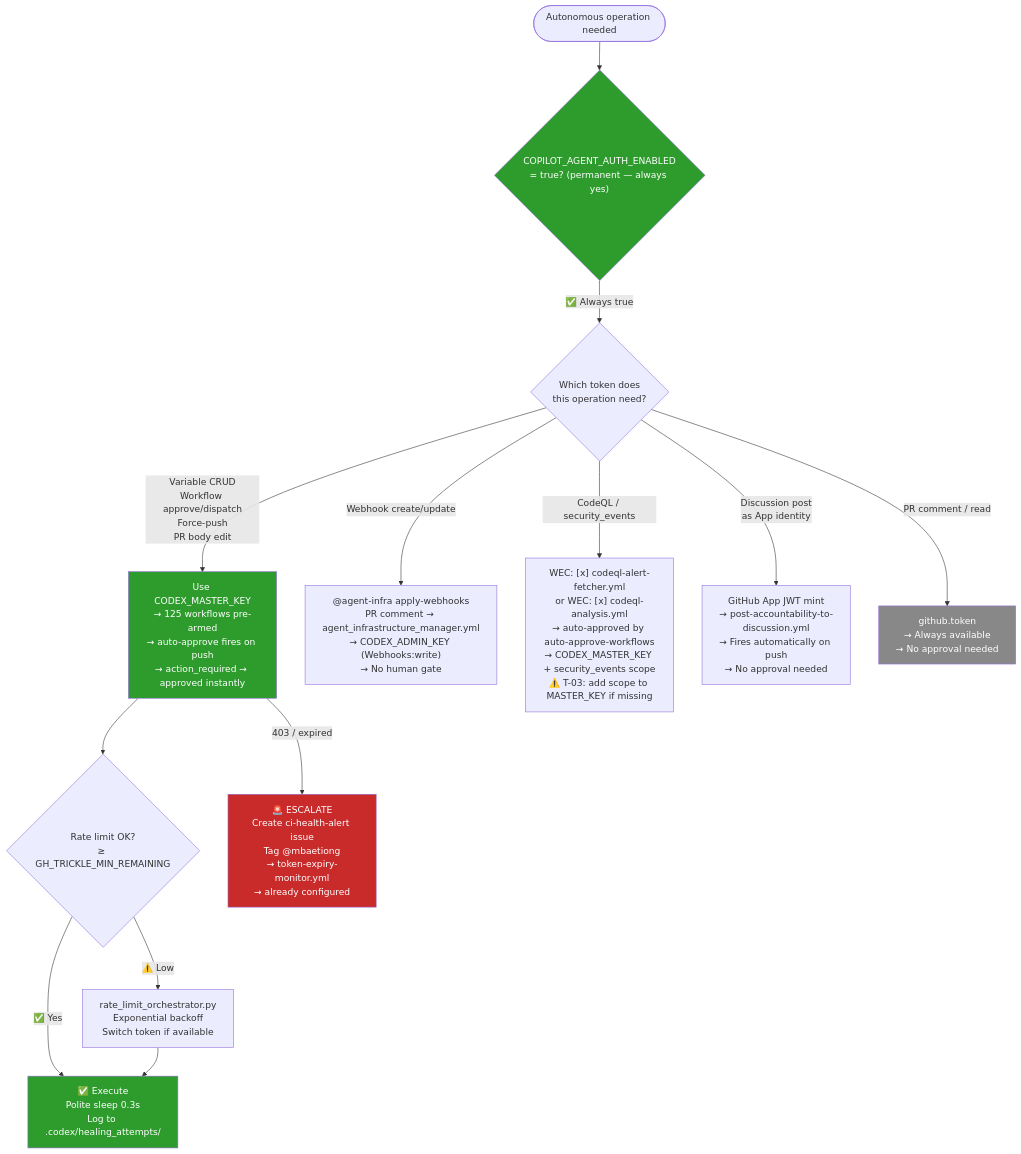
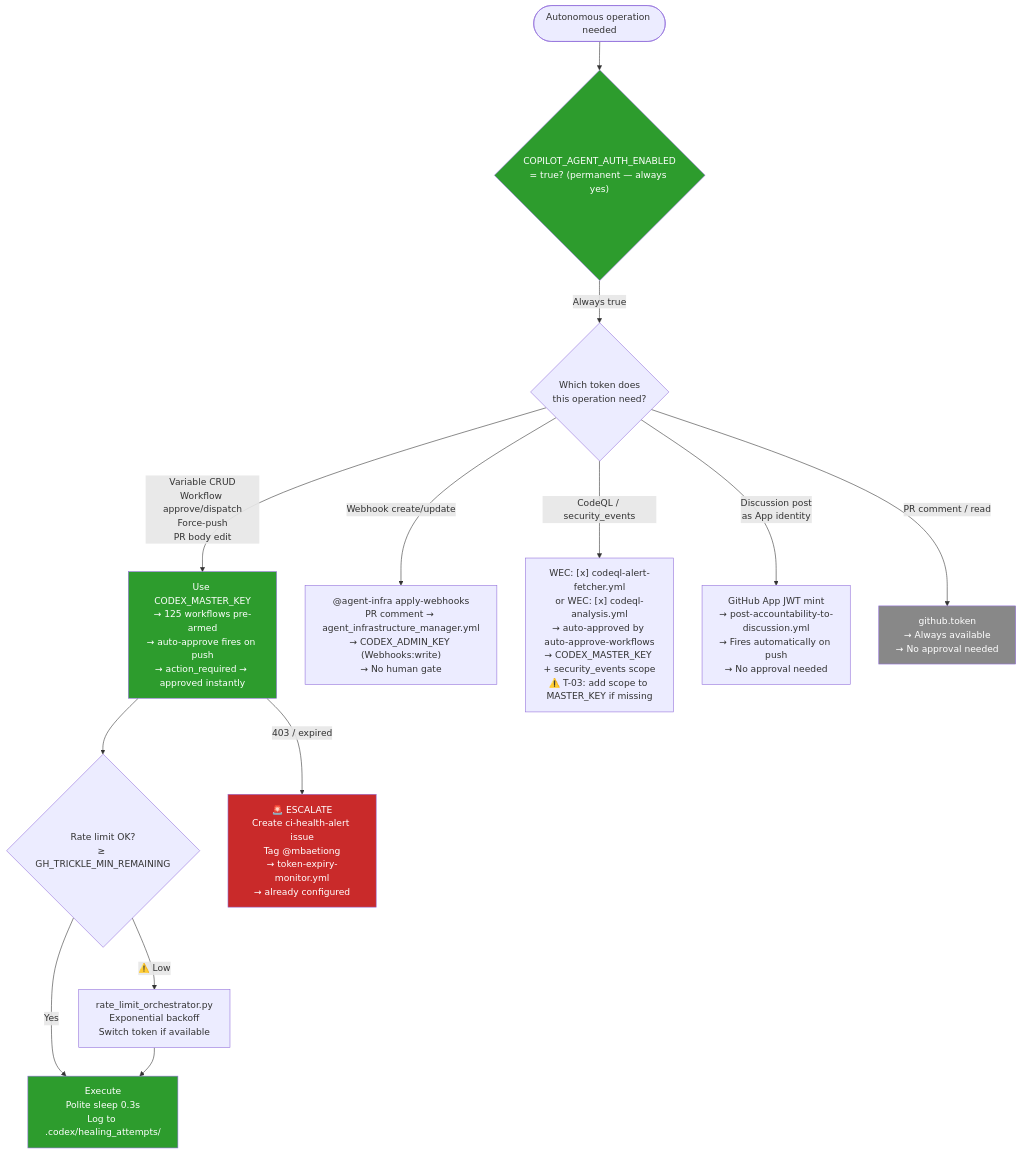
One commit to Aries-Serpent/_codex_ changed diagram 11 of 12 in docs/plans/AUTONOMOUS_PRIVILEGE_ARCHITECTURE.md. Above: the diagram before and after it, drawn with Mermaid. The commit also changed other lines of this file and 2029 other files, not shown here.

````diff
--- a/docs/plans/AUTONOMOUS_PRIVILEGE_ARCHITECTURE.md
+++ b/docs/plans/AUTONOMOUS_PRIVILEGE_ARCHITECTURE.md
@@ -453,30 +455,30 @@
 ```mermaid
 %%{init: {'accessibility': {'title': 'Flowchart showing "Autonomous operation needed", "Use CODEX_MASTER_KEY\n→ 125 workflows pre-armed\n→ auto-approve fires on push\n→ action_required → approved instantly"'}}%%
 flowchart TD
     START(["Autonomous operation needed"]) --> AUTH_CHECK{"COPILOT_AGENT_AUTH_ENABLED\n= true? (permanent — always yes)"}
 
-    AUTH_CHECK -- "✅ Always true" --> CHECK_TOKEN{"Which token does\nthis operation need?"}
+    AUTH_CHECK -- " Always true" --> CHECK_TOKEN{"Which token does\nthis operation need?"}
 
     CHECK_TOKEN -->|"Variable CRUD\nWorkflow approve/dispatch\nForce-push\nPR body edit"| USE_MK["Use CODEX_MASTER_KEY\n→ 125 workflows pre-armed\n→ auto-approve fires on push\n→ action_required → approved instantly"]
 
     CHECK_TOKEN -->|"Webhook create/update"| USE_INFRA["@agent-infra apply-webhooks\nPR comment → agent_infrastructure_manager.yml\n→ CODEX_ADMIN_KEY (Webhooks:write)\n→ No human gate"]
 
     CHECK_TOKEN -->|"CodeQL / security_events"| USE_FETCHER["WEC: [x] codeql-alert-fetcher.yml\nor WEC: [x] codeql-analysis.yml\n→ auto-approved by auto-approve-workflows\n→ CODEX_MASTER_KEY + security_events scope\n⚠️ T-03: add scope to MASTER_KEY if missing"]
 
     CHECK_TOKEN -->|"Discussion post\nas App identity"| USE_APP["GitHub App JWT mint\n→ post-accountability-to-discussion.yml\n→ Fires automatically on push\n→ No approval needed"]
 
     CHECK_TOKEN -->|"PR comment / read"| USE_GT["github.token\n→ Always available\n→ No approval needed"]
 
     USE_MK --> RATE_CHECK{"Rate limit OK?\n≥ GH_TRICKLE_MIN_REMAINING"}
-    RATE_CHECK -- "✅ Yes" --> EXECUTE["✅ Execute\nPolite sleep 0.3s\nLog to .codex/healing_attempts/"]
+    RATE_CHECK -- " Yes" --> EXECUTE[" Execute\nPolite sleep 0.3s\nLog to .codex/healing_attempts/"]
     RATE_CHECK -- "⚠️ Low" --> BACKOFF["rate_limit_orchestrator.py\nExponential backoff\nSwitch token if available"]
     BACKOFF --> EXECUTE
 
     USE_MK -->|"403 / expired"| ESCALATE_TOKEN["🚨 ESCALATE\nCreate ci-health-alert issue\nTag @mbaetiong\n→ token-expiry-monitor.yml\n→ already configured"]
 
     style AUTH_CHECK fill:#2d9c2d,color:#fff
     style EXECUTE fill:#2d9c2d,color:#fff
     style USE_MK fill:#2d9c2d,color:#fff
     style ESCALATE_TOKEN fill:#c92a2a,color:#fff
     style USE_GT fill:#888,color:#fff
 ```
````
